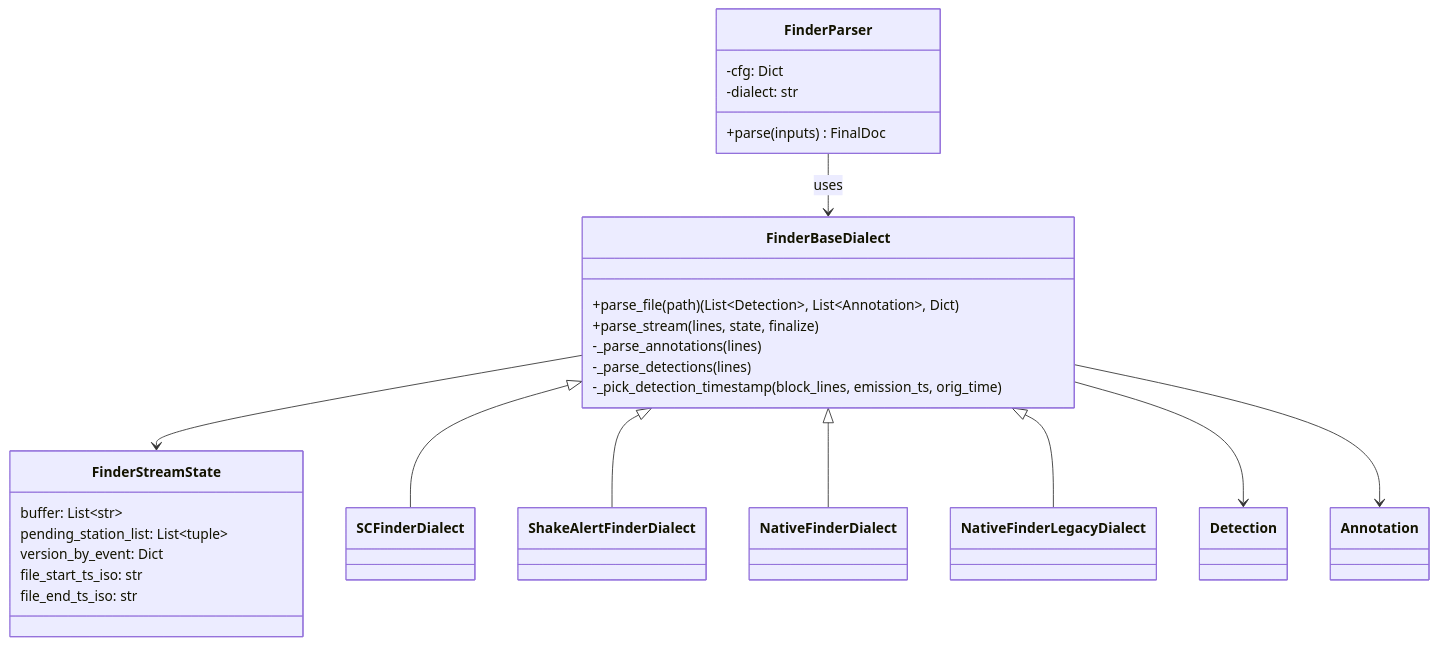
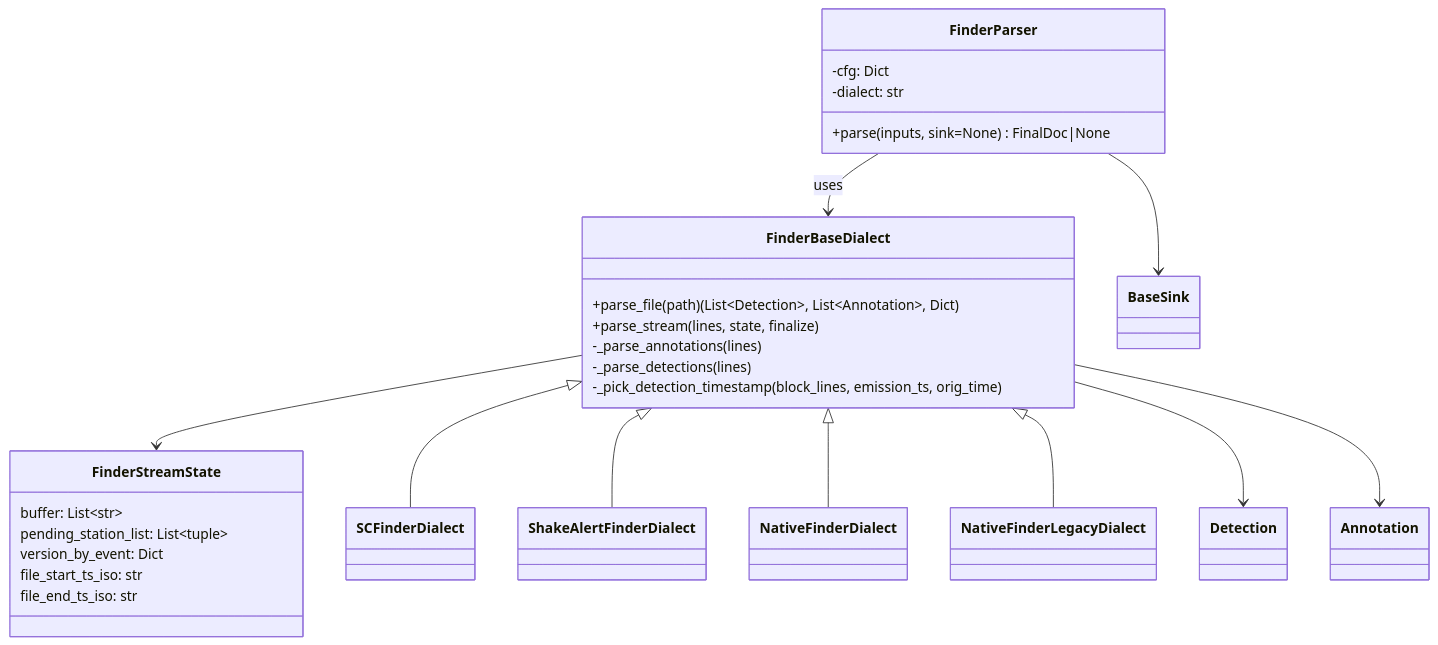
Before and after one commit to eewpw/eewpw-parser: the first of 3 diagrams in docs/class_diagram.md, drawn with Mermaid. The commit also changed other lines of this file and 19 other files, not shown here.

````diff
--- a/docs/class_diagram.md
+++ b/docs/class_diagram.md
@@ -3,36 +3,37 @@
 ```mermaid
 classDiagram
     class FinderParser {
       -cfg: Dict
       -dialect: str
-      +parse(inputs) FinalDoc
+      +parse(inputs, sink=None) FinalDoc|None
     }
     class FinderStreamState {
       buffer: List~str~
       pending_station_list: List~tuple~
       version_by_event: Dict
       file_start_ts_iso: str
       file_end_ts_iso: str
     }
     class FinderBaseDialect {
       +parse_file(path) (List~Detection~, List~Annotation~, Dict)
       +parse_stream(lines, state, finalize)
       -_parse_annotations(lines)
       -_parse_detections(lines)
       -_pick_detection_timestamp(block_lines, emission_ts, orig_time)
     }
     class SCFinderDialect
     class ShakeAlertFinderDialect
     class NativeFinderDialect
     class NativeFinderLegacyDialect
     class Detection
     class Annotation
     FinderParser --> FinderBaseDialect : uses
     FinderBaseDialect --> FinderStreamState
     FinderBaseDialect <|-- SCFinderDialect
     FinderBaseDialect <|-- ShakeAlertFinderDialect
     FinderBaseDialect <|-- NativeFinderDialect
     FinderBaseDialect <|-- NativeFinderLegacyDialect
     FinderBaseDialect --> Detection
     FinderBaseDialect --> Annotation
+    FinderParser --> BaseSink
 ```
````
